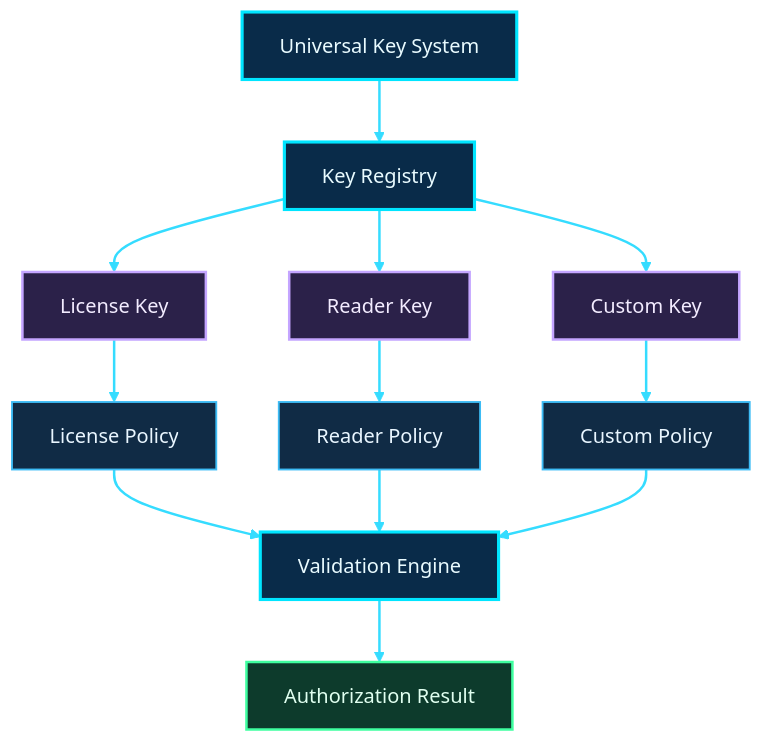
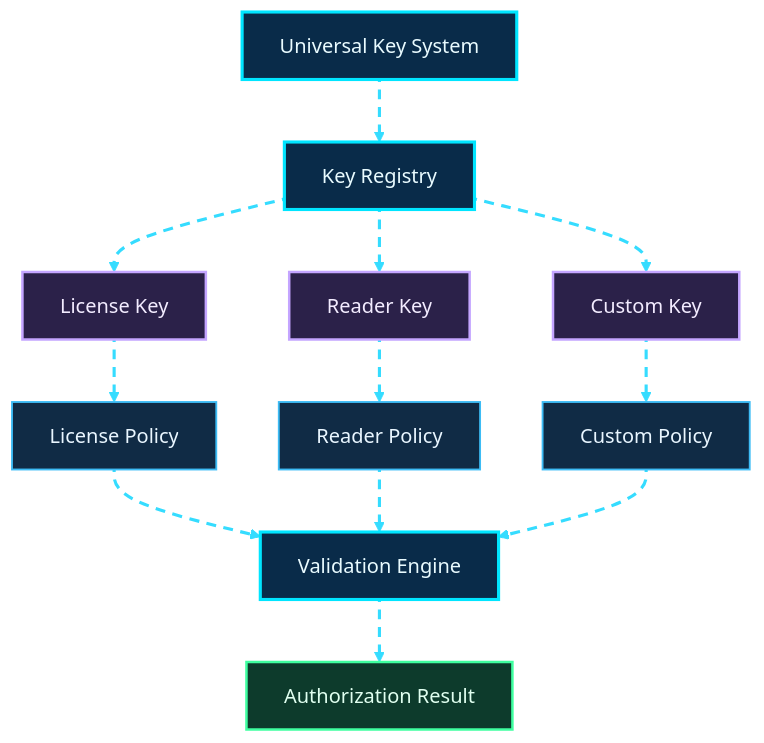
The eighth of 23 diagrams in README.md (shajeduzzamanenan992008inc/NexOra-Database-key-Gen), drawn with Mermaid before and after one commit. The commit also changed other lines of this file, not shown here.

````diff
--- a/README.md
+++ b/README.md
@@ -773,34 +792,37 @@
 ```mermaid
+%%{init: {"theme":"base","themeVariables":{"darkMode":true,"background":"#07111f","primaryColor":"#102744","primaryTextColor":"#e8f7ff","primaryBorderColor":"#00d9ff","lineColor":"#7297c8","secondaryColor":"#261d45","secondaryTextColor":"#f3eaff","secondaryBorderColor":"#a78bfa","tertiaryColor":"#12332b","tertiaryTextColor":"#e0fff1","tertiaryBorderColor":"#41e6a2","fontFamily":"Inter, Segoe UI, sans-serif","edgeLabelBackground":"#101d34","mainBkg":"#102744","nodeBorder":"#00d9ff","clusterBkg":"#0b1930","clusterBorder":"#6f7dff","actorBkg":"#102744","actorBorder":"#00d9ff","actorTextColor":"#e8f7ff","signalColor":"#64d8ff","signalTextColor":"#e8f7ff","noteBkgColor":"#0e332b","noteBorderColor":"#41e6a2","noteTextColor":"#e0fff1"}}}%%
 flowchart TD
-    A["Universal Key System"] --> B["Key Registry"]
-    B --> C["License Key"]
-    B --> D["Reader Key"]
-    B --> E["Custom Key"]
+    A["Universal Key System"] nx07e01@--> B["Key Registry"]
+    B nx07e02@--> C["License Key"]
+    B nx07e03@--> D["Reader Key"]
+    B nx07e04@--> E["Custom Key"]
 
-    C --> F["License Policy"]
-    D --> G["Reader Policy"]
-    E --> H["Custom Policy"]
+    C nx07e05@--> F["License Policy"]
+    D nx07e06@--> G["Reader Policy"]
+    E nx07e07@--> H["Custom Policy"]
 
-    F --> I["Validation Engine"]
-    G --> I
-    H --> I
+    F nx07e08@--> I["Validation Engine"]
+    G nx07e09@--> I
+    H nx07e10@--> I
 
-    I --> J["Authorization Result"]
+    I nx07e11@--> J["Authorization Result"]
 
     %% OMEGA NEX-ORA visual classes
     %% OMEGA NEX-ORA / ULTRA NEON PALETTE
     classDef nxCore fill:#092b49,stroke:#00e5ff,stroke-width:2.5px,color:#e9fbff;
     classDef nxProcess fill:#102b45,stroke:#3dbcf5,stroke-width:1.5px,color:#e9f6ff;
     classDef nxDecision fill:#2b2050,stroke:#b38cff,stroke-width:2px,color:#f3edff;
     classDef nxSuccess fill:#0d3b2c,stroke:#3fffa0,stroke-width:2px,color:#e0fff0;
     classDef nxDanger fill:#451d30,stroke:#ff6688,stroke-width:2px,color:#fff0f3;
     classDef nxData fill:#12352d,stroke:#63e6be,stroke-width:2px,color:#e1fff5;
     classDef nxExternal fill:#2b2149,stroke:#c4a5ff,stroke-width:2px,color:#f3ecff;
     classDef nxInfo fill:#17253e,stroke:#91a7c9,stroke-width:1.5px,color:#e5efff;
     classDef nxWarning fill:#453116,stroke:#fbbf24,stroke-width:2px,color:#fff6d6;
+    %% Moving dashed route: Mermaid applies this class to explicitly identified edges.
+    classDef nxAnimated stroke:#35dcff,stroke-width:2.5px,stroke-dasharray:8\,6,stroke-dashoffset:1000,animation:dash 24s linear infinite;
     class A,B,I nxCore;
     class C,D,E nxExternal;
     class F,G,H nxProcess;
     class J nxSuccess;
-    linkStyle default stroke:#35dcff,stroke-width:2px;
+    class nx07e01,nx07e02,nx07e03,nx07e04,nx07e05,nx07e06,nx07e07,nx07e08,nx07e09,nx07e10,nx07e11 nxAnimated;
 ```
````
